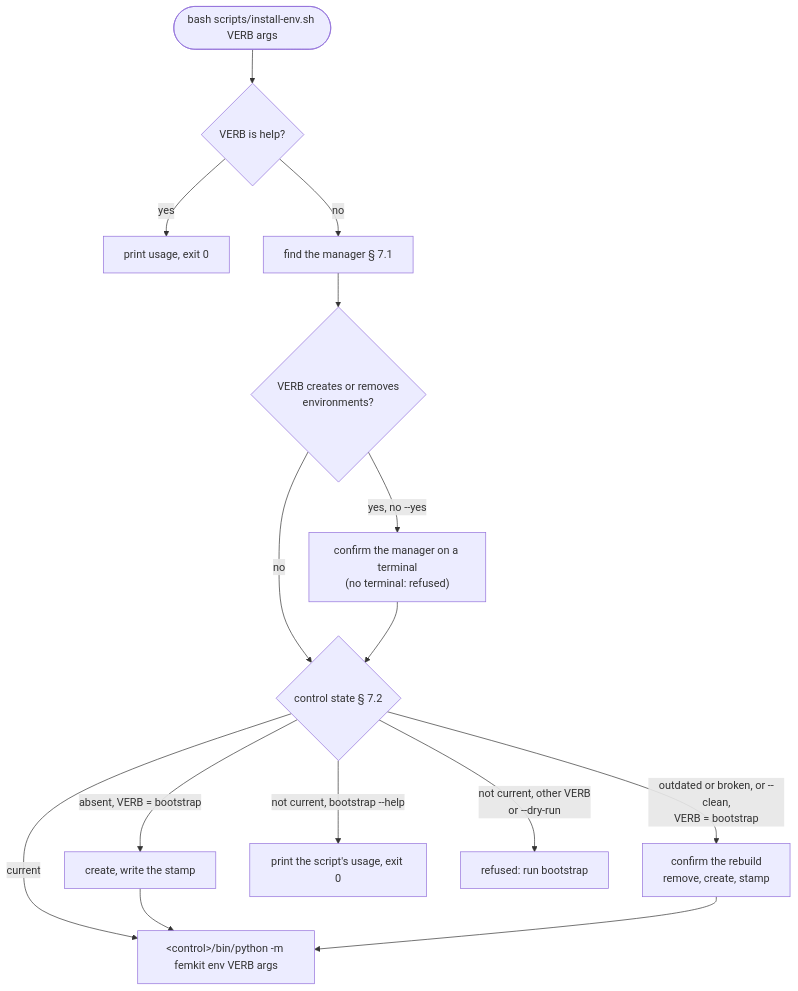
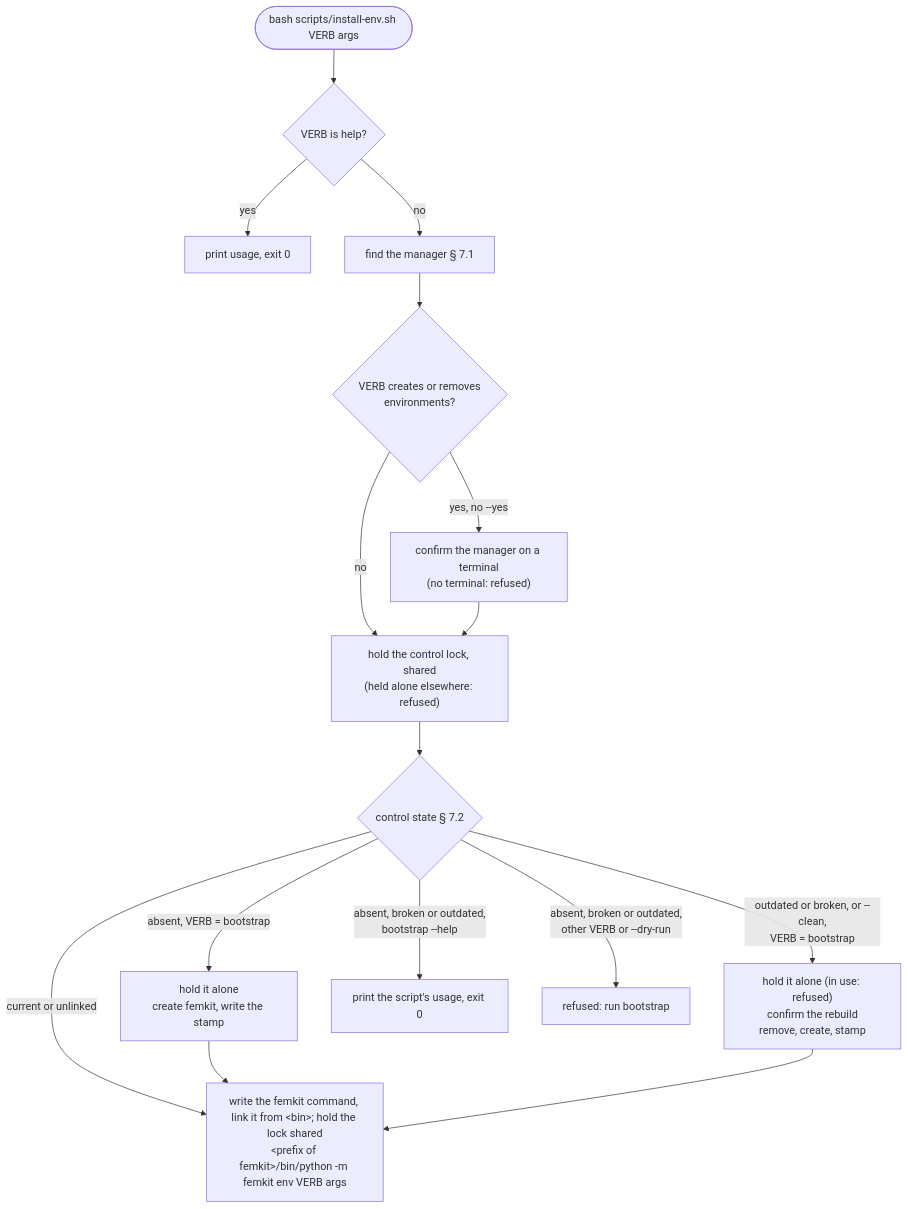
One commit to Qing-LAB/femkit changed the tenth of 11 diagrams in docs/contracts/envs.md. Above: the diagram before and after it, drawn with Mermaid. The commit also changed other lines of this file and 512 other files, not shown here.

````diff
--- a/docs/contracts/envs.md
+++ b/docs/contracts/envs.md
@@ -742,16 +959,17 @@
 ```mermaid
 flowchart TD
     s(["bash scripts/install-env.sh VERB args"]) --> h{"VERB is help?"}
     h -->|yes| usage["print usage, exit 0"]
     h -->|no| m["find the manager § 7.1"]
     m --> conf{"VERB creates or removes<br/>environments?"}
     conf -->|"yes, no --yes"| ask["confirm the manager on a terminal<br/>(no terminal: refused)"]
-    conf -->|no| cs
-    ask --> cs{"control state § 7.2"}
-    cs -->|current| fw
-    cs -->|"absent, VERB = bootstrap"| create["create, write the stamp"] --> fw
-    cs -->|"outdated or broken, or --clean,<br/>VERB = bootstrap"| re["confirm the rebuild<br/>remove, create, stamp"] --> fw
-    cs -->|"not current, bootstrap --help"| usage2["print the script's usage, exit 0"]
-    cs -->|"not current, other VERB<br/>or --dry-run"| rf["refused: run bootstrap"]
-    fw["&lt;control&gt;/bin/python -m femkit env VERB args"]
+    conf -->|no| lk
+    ask --> lk["hold the control lock, shared<br/>(held alone elsewhere: refused)"]
+    lk --> cs{"control state § 7.2"}
+    cs -->|"current or unlinked"| fw
+    cs -->|"absent, VERB = bootstrap"| create["hold it alone<br/>create femkit, write the stamp"] --> fw
+    cs -->|"outdated or broken, or --clean,<br/>VERB = bootstrap"| re["hold it alone (in use: refused)<br/>confirm the rebuild<br/>remove, create, stamp"] --> fw
+    cs -->|"absent, broken or outdated,<br/>bootstrap --help"| usage2["print the script's usage, exit 0"]
+    cs -->|"absent, broken or outdated,<br/>other VERB or --dry-run"| rf["refused: run bootstrap"]
+    fw["write the femkit command, link it from &lt;bin&gt;; hold the lock shared<br/>&lt;prefix of femkit&gt;/bin/python -m femkit env VERB args"]
 ```
````
